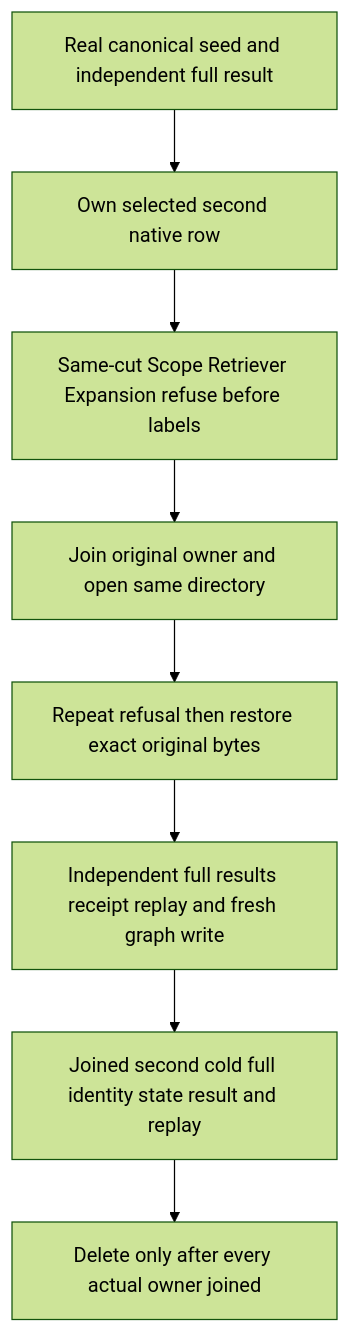
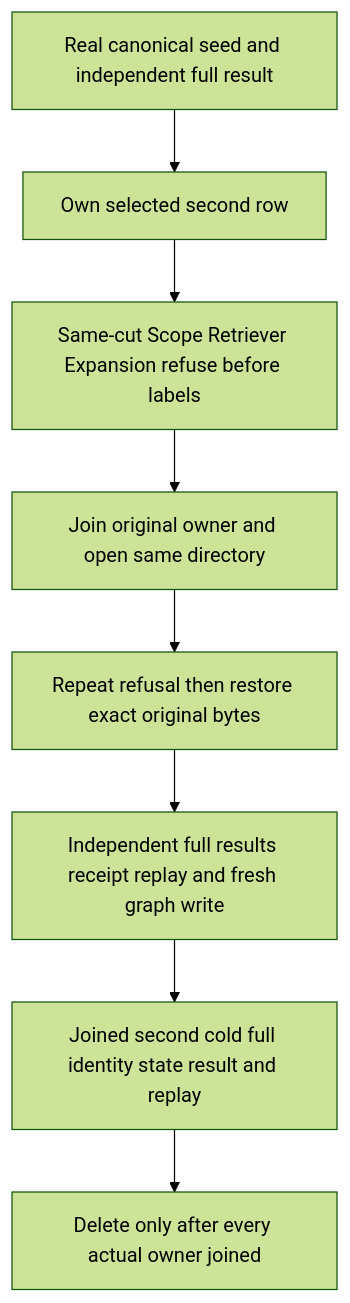
One commit to managedcode/KeyLoad changed the diagram in docs/Features/GraphTraversal/GraphSearchCanonicalAdjacency.md. Above: the diagram before and after it, drawn with Mermaid (forest theme). The commit also changed other lines of this file and 9016 other files, not shown here.

````diff
--- a/docs/Features/GraphTraversal/GraphSearchCanonicalAdjacency.md
+++ b/docs/Features/GraphTraversal/GraphSearchCanonicalAdjacency.md
@@ -13,10 +13,10 @@
 ```mermaid
 flowchart TD
-    Original[Real canonical seed and independent full result] --> Damage[Own selected second native row]
+    Original[Real canonical seed and independent full result] --> Damage[Own selected second row]
     Damage --> Refuse[Same-cut Scope Retriever Expansion refuse before labels]
     Refuse --> Cold[Join original owner and open same directory]
     Cold --> Repair[Repeat refusal then restore exact original bytes]
     Repair --> Healthy[Independent full results receipt replay and fresh graph write]
     Healthy --> Second[Joined second cold full identity state result and replay]
     Second --> Close[Delete only after every actual owner joined]
 ```
````
